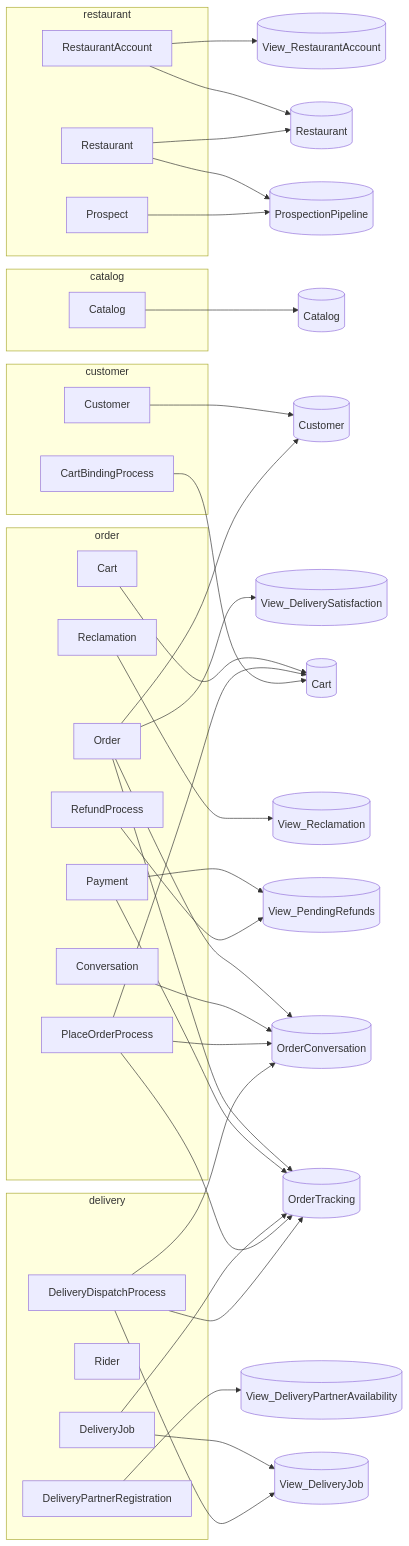
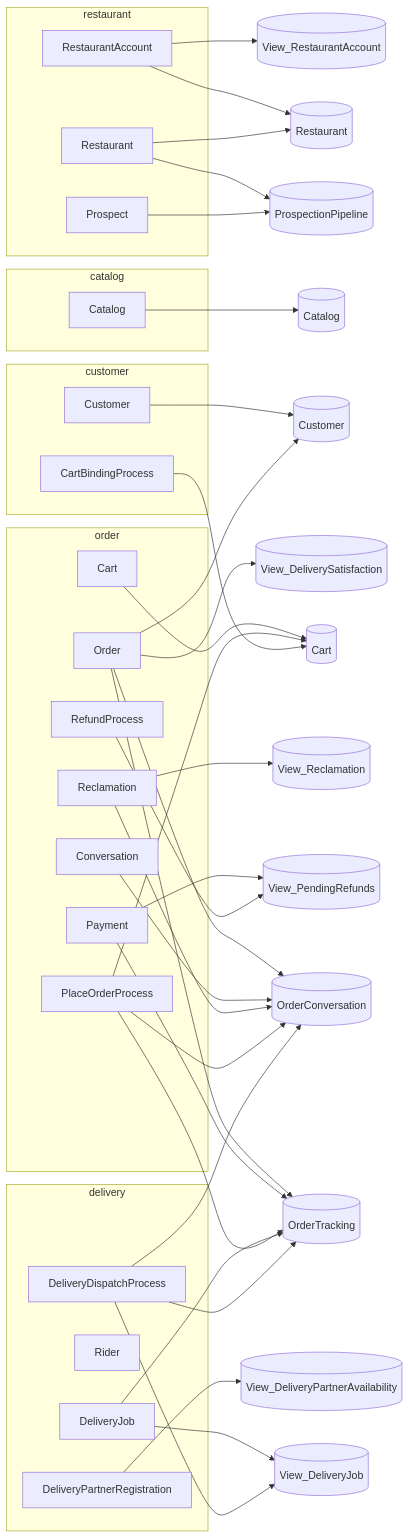
The second of 6 diagrams in specs/generated/c4.generated.md (TheCaptainCompany/captain-food), drawn with Mermaid before and after one commit. The commit also changed 28 other files, not shown here.

First line of the commit message:
feat(#155): weave Reclamation lifecycle into the order conversation timeline

````diff
--- a/specs/generated/c4.generated.md
+++ b/specs/generated/c4.generated.md
@@ -64,70 +64,71 @@
 ```mermaid
 flowchart LR
   subgraph g_restaurant["restaurant"]
     a_RestaurantAccount["RestaurantAccount"]
     a_Restaurant["Restaurant"]
     a_Prospect["Prospect"]
   end
   subgraph g_catalog["catalog"]
     a_Catalog["Catalog"]
   end
   subgraph g_order["order"]
     a_Cart["Cart"]
     a_Order["Order"]
     a_Payment["Payment"]
     a_Conversation["Conversation"]
     a_Reclamation["Reclamation"]
     a_PlaceOrderProcess["PlaceOrderProcess"]
     a_RefundProcess["RefundProcess"]
   end
   subgraph g_customer["customer"]
     a_Customer["Customer"]
     a_CartBindingProcess["CartBindingProcess"]
   end
   subgraph g_delivery["delivery"]
     a_DeliveryJob["DeliveryJob"]
     a_Rider["Rider"]
     a_DeliveryPartnerRegistration["DeliveryPartnerRegistration"]
     a_DeliveryDispatchProcess["DeliveryDispatchProcess"]
   end
   v_View_RestaurantAccount[("View_RestaurantAccount")]
   v_Restaurant[("Restaurant")]
   v_ProspectionPipeline[("ProspectionPipeline")]
   v_View_DeliveryPartnerAvailability[("View_DeliveryPartnerAvailability")]
   v_Catalog[("Catalog")]
   v_Customer[("Customer")]
   v_Cart[("Cart")]
   v_OrderTracking[("OrderTracking")]
   v_OrderConversation[("OrderConversation")]
   v_View_DeliverySatisfaction[("View_DeliverySatisfaction")]
   v_View_PendingRefunds[("View_PendingRefunds")]
   v_View_DeliveryJob[("View_DeliveryJob")]
   v_View_Reclamation[("View_Reclamation")]
   a_RestaurantAccount --> v_View_RestaurantAccount
   a_RestaurantAccount --> v_Restaurant
   a_Restaurant --> v_Restaurant
   a_Restaurant --> v_ProspectionPipeline
   a_Prospect --> v_ProspectionPipeline
   a_DeliveryPartnerRegistration --> v_View_DeliveryPartnerAvailability
   a_Catalog --> v_Catalog
   a_Customer --> v_Customer
   a_Cart --> v_Cart
   a_Order --> v_OrderTracking
   a_Order --> v_OrderConversation
   a_Order --> v_Customer
   a_Order --> v_View_DeliverySatisfaction
   a_Payment --> v_OrderTracking
   a_Payment --> v_View_PendingRefunds
   a_DeliveryJob --> v_View_DeliveryJob
   a_DeliveryJob --> v_OrderTracking
   a_Conversation --> v_OrderConversation
   a_Reclamation --> v_View_Reclamation
+  a_Reclamation --> v_OrderConversation
   a_PlaceOrderProcess --> v_OrderTracking
   a_PlaceOrderProcess --> v_OrderConversation
   a_PlaceOrderProcess --> v_Cart
   a_RefundProcess --> v_View_PendingRefunds
   a_CartBindingProcess --> v_Cart
   a_DeliveryDispatchProcess --> v_View_DeliveryJob
   a_DeliveryDispatchProcess --> v_OrderTracking
   a_DeliveryDispatchProcess --> v_OrderConversation
 ```
````
